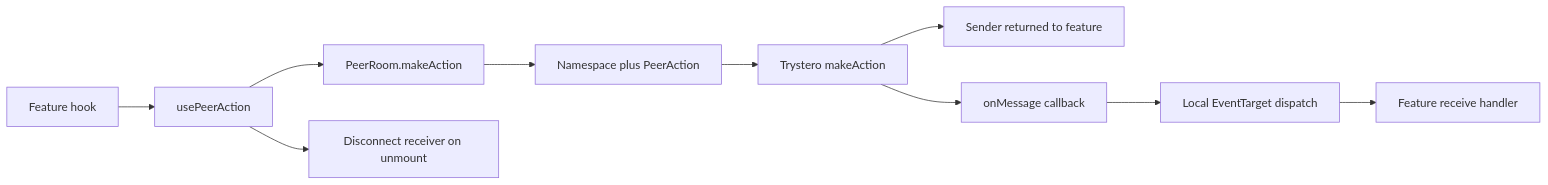
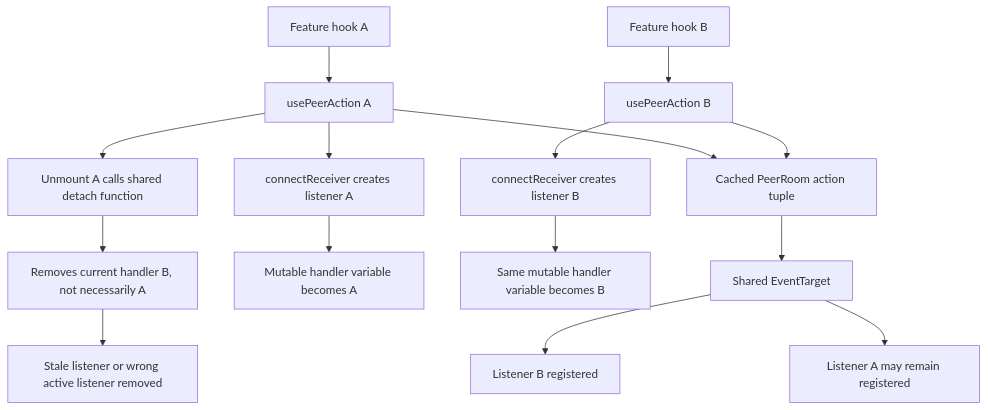
Before and after one commit to drunkod/chitchatter: the fourth of 9 diagrams in docs/architecture/codebase-runtime.md, drawn with Mermaid. The commit also changed other lines of this file and 2 other files, not shown here.

Commit message:
Clarify architecture docs and reproduction steps

````diff
--- a/docs/architecture/codebase-runtime.md
+++ b/docs/architecture/codebase-runtime.md
@@ -107,12 +107,17 @@
 ```mermaid
-flowchart LR
-    Feature[Feature hook] --> UseAction[usePeerAction]
-    UseAction --> Make[PeerRoom.makeAction]
-    Make --> Name[Namespace plus PeerAction]
-    Name --> TrysteroAction[Trystero makeAction]
-    TrysteroAction --> Sender[Sender returned to feature]
-    TrysteroAction --> Receive[onMessage callback]
-    Receive --> Event[Local EventTarget dispatch]
-    Event --> ReactHandler[Feature receive handler]
-    UseAction --> Cleanup[Disconnect receiver on unmount]
+flowchart TD
+    FeatureA[Feature hook A] --> UseA[usePeerAction A]
+    FeatureB[Feature hook B] --> UseB[usePeerAction B]
+    UseA --> Cached[Cached PeerRoom action tuple]
+    UseB --> Cached
+    Cached --> Event[Shared EventTarget]
+    UseA --> ConnectA[connectReceiver creates listener A]
+    ConnectA --> HandlerA[Mutable handler variable becomes A]
+    UseB --> ConnectB[connectReceiver creates listener B]
+    ConnectB --> HandlerB[Same mutable handler variable becomes B]
+    Event --> ListenerA[Listener A may remain registered]
+    Event --> ListenerB[Listener B registered]
+    UseA --> CleanupA[Unmount A calls shared detach function]
+    CleanupA --> RemoveLatest[Removes current handler B, not necessarily A]
+    RemoveLatest --> Risk[Stale listener or wrong active listener removed]
 ```
````
